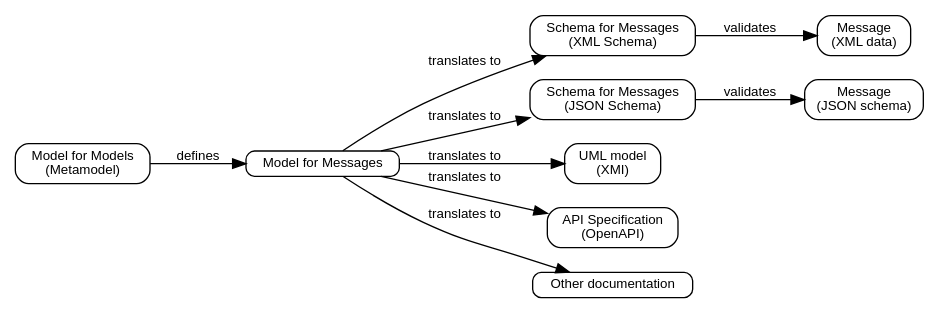
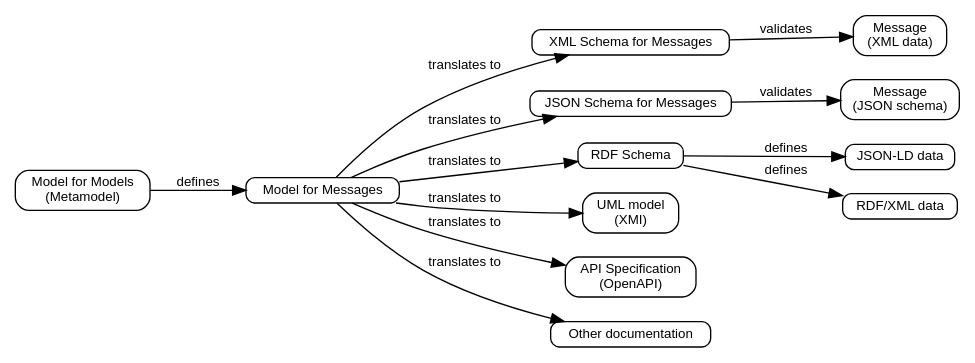
One commit to webb/niem-metamodel changed the diagram in metamodel-tools.dot. Above: the diagram before and after it, drawn with Graphviz. The commit also changed 4 other files, not shown here.

Commit message:
Updated diagram for tools/technologies for README.

```diff
--- a/metamodel-tools.dot
+++ b/metamodel-tools.dot
@@ -1,32 +1,35 @@
 digraph G {
   layout = dot;
   edge [fontname = "Helvetica", fontsize = 10, dir = forward];
   node [fontname = "Helvetica", fontsize = 10, width = 0, height = 0, label="\N\l"];
   rankdir = LR;
 
   node [shape=box, style=rounded];
 
   { rank = same;
   message_xml [label="Message\n(XML data)"];
   message_json [label="Message\n(JSON schema)"];
+  message_json_ld [label="JSON-LD data"];
+  message_rdf_xml [label="RDF/XML data"];
   }
   
   { rank = same;
-  schema_xsd [label="Schema for Messages\n(XML Schema)"];
-  schema_json [label="Schema for Messages\n(JSON Schema)"];
+  schema_xsd [label="XML Schema for Messages"];
+  schema_json [label="JSON Schema for Messages"];
+  schema_rdf [label="RDF Schema"];
   uml_model [label="UML model\n(XMI)"];
   api_spec [label="API Specification\n(OpenAPI)"];
   docs [label="Other documentation"];
-
   }
   
   schema_xsd -> message_xml [label="validates"];
   schema_json -> message_json [label="validates"];
+  schema_rdf -> { message_json_ld message_rdf_xml } [label="defines"];
 
   model [label="Model for Messages\n"];
-  model -> { schema_xsd schema_json uml_model api_spec docs }  [label="translates to"];
+  model -> { schema_xsd schema_json schema_rdf uml_model api_spec docs }  [label="translates to"];
 
   metamodel [label="Model for Models\n(Metamodel)"];
   metamodel -> model [label="defines"];
 
 }
```
